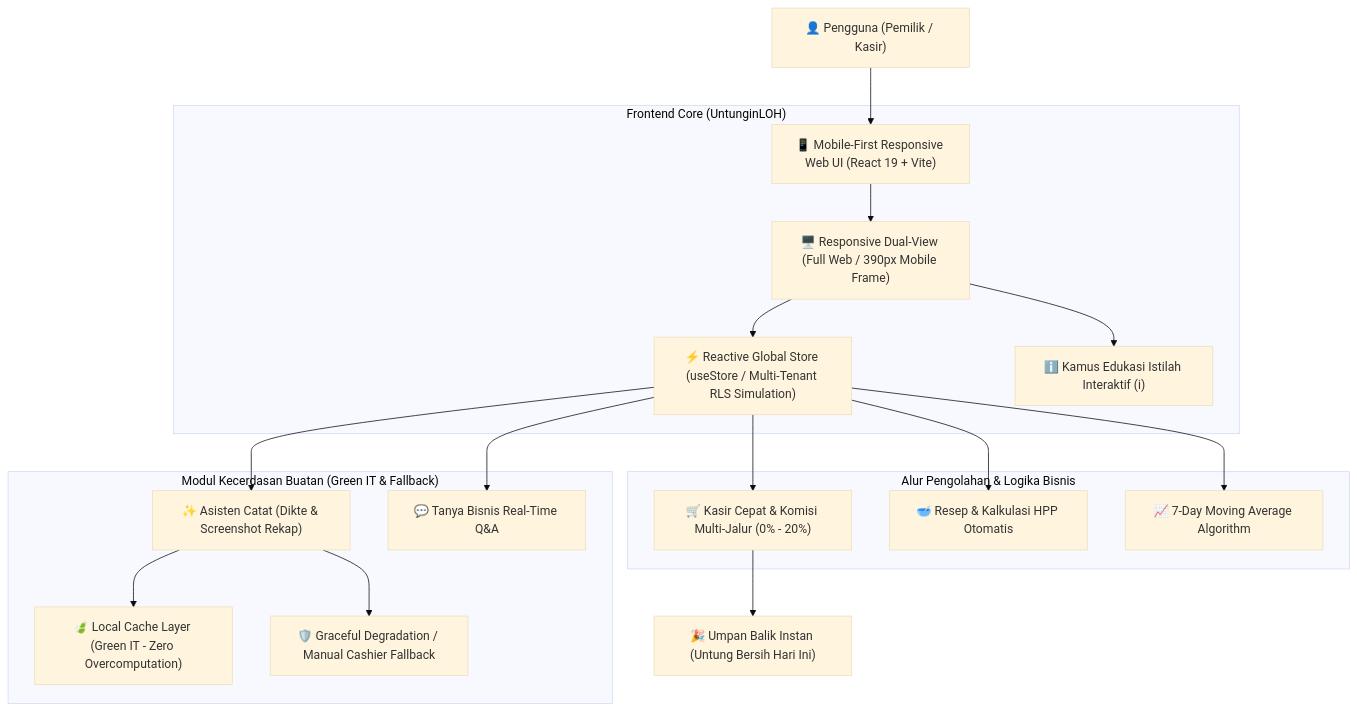
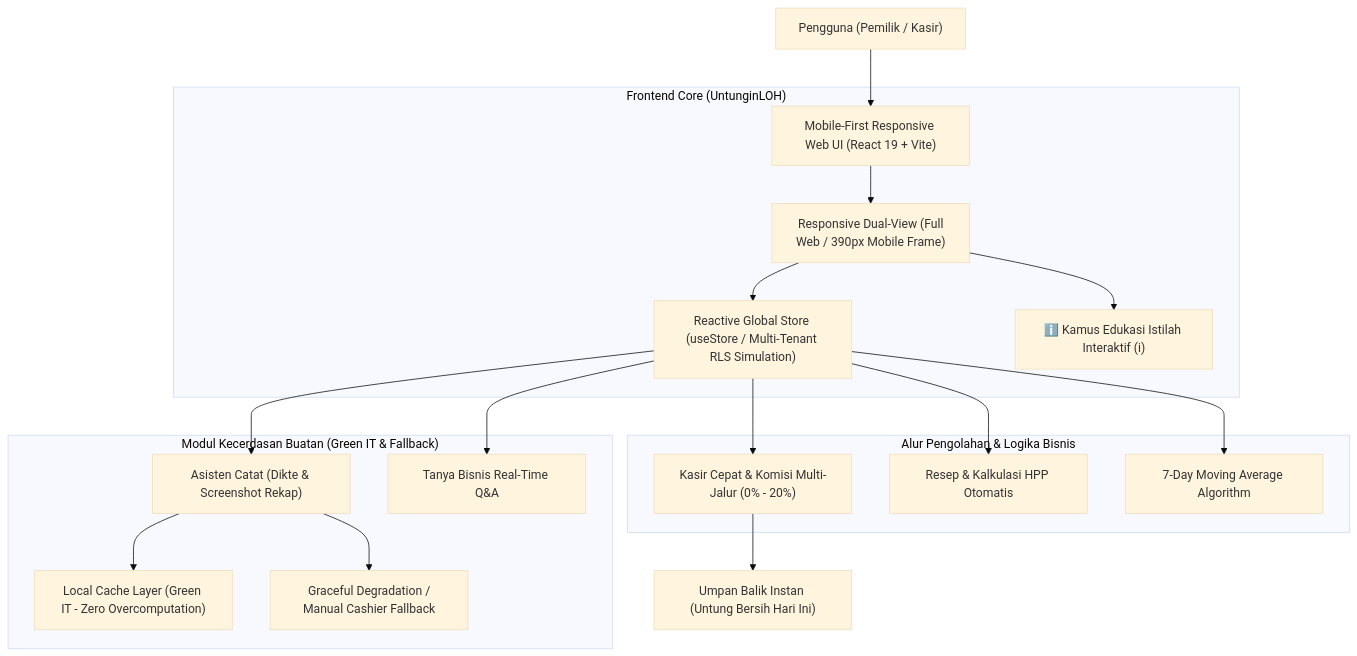
The diagram in README.md (MuhammadHabibna/untunginloh), drawn with Mermaid (base theme) before and after one commit. The commit also changed other lines of this file and 5 other files, not shown here.

````diff
--- a/README.md
+++ b/README.md
@@ -56,25 +56,25 @@
 ```mermaid
 flowchart TD
-    User["👤 Pengguna (Pemilik / Kasir)"] --> UI["📱 Mobile-First Responsive Web UI (React 19 + Vite)"]
+    User[" Pengguna (Pemilik / Kasir)"] --> UI[" Mobile-First Responsive Web UI (React 19 + Vite)"]
     
     subgraph Client_App ["Frontend Core (UntunginLOH)"]
-        UI --> DualView["🖥️ Responsive Dual-View (Full Web / 390px Mobile Frame)"]
-        DualView --> Store["⚡ Reactive Global Store (useStore / Multi-Tenant RLS Simulation)"]
+        UI --> DualView["️ Responsive Dual-View (Full Web / 390px Mobile Frame)"]
+        DualView --> Store[" Reactive Global Store (useStore / Multi-Tenant RLS Simulation)"]
         DualView --> InfoModal["ℹ️ Kamus Edukasi Istilah Interaktif (i)"]
     end
     
     subgraph Data_Flow ["Alur Pengolahan & Logika Bisnis"]
-        Store --> POS["🛒 Kasir Cepat & Komisi Multi-Jalur (0% - 20%)"]
-        Store --> BOM["🥣 Resep & Kalkulasi HPP Otomatis"]
-        Store --> Forecast["📈 7-Day Moving Average Algorithm"]
+        Store --> POS[" Kasir Cepat & Komisi Multi-Jalur (0% - 20%)"]
+        Store --> BOM[" Resep & Kalkulasi HPP Otomatis"]
+        Store --> Forecast[" 7-Day Moving Average Algorithm"]
     end
     
     subgraph AI_Engine ["Modul Kecerdasan Buatan (Green IT & Fallback)"]
-        Store --> AIAssistant["✨ Asisten Catat (Dikte & Screenshot Rekap)"]
-        AIAssistant --> Cache["🍃 Local Cache Layer (Green IT - Zero Overcomputation)"]
-        AIAssistant --> Fallback["🛡️ Graceful Degradation / Manual Cashier Fallback"]
-        Store --> AIConsult["💬 Tanya Bisnis Real-Time Q&A"]
+        Store --> AIAssistant[" Asisten Catat (Dikte & Screenshot Rekap)"]
+        AIAssistant --> Cache[" Local Cache Layer (Green IT - Zero Overcomputation)"]
+        AIAssistant --> Fallback["️ Graceful Degradation / Manual Cashier Fallback"]
+        Store --> AIConsult[" Tanya Bisnis Real-Time Q&A"]
     end
 
-    POS --> InstantFeedback["🎉 Umpan Balik Instan (Untung Bersih Hari Ini)"]
+    POS --> InstantFeedback[" Umpan Balik Instan (Untung Bersih Hari Ini)"]
 ```
````
